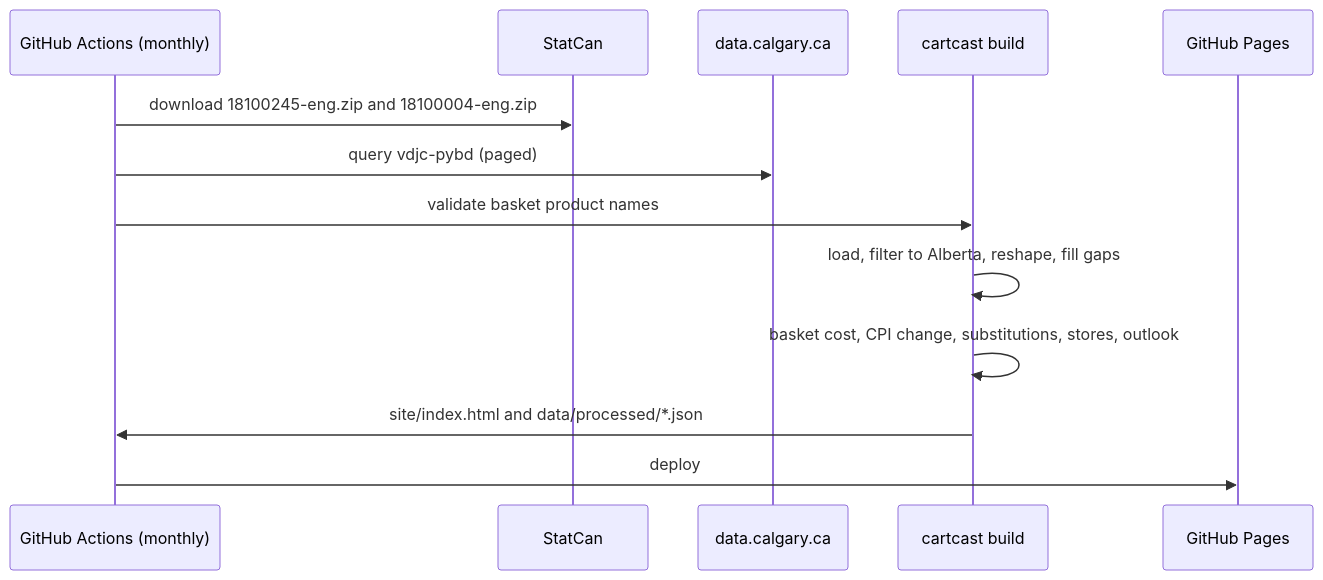
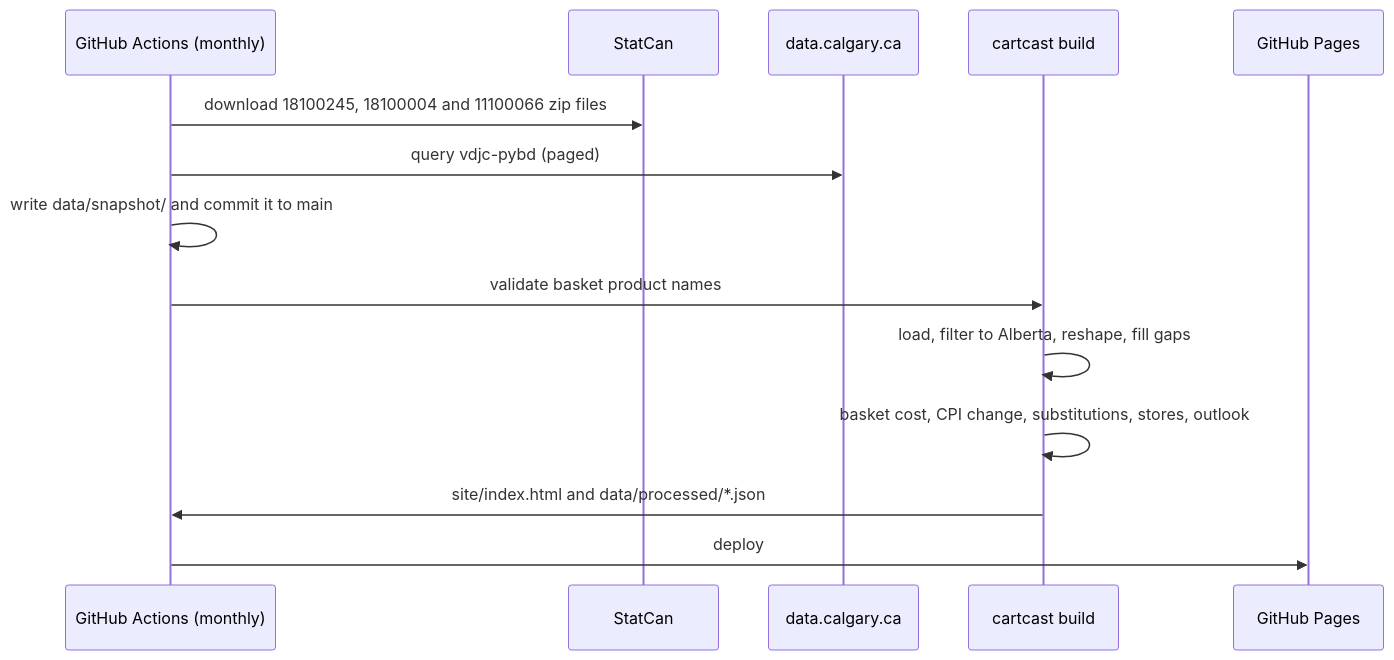
The diagram in docs/architecture.md (AdrianJulve/cartcast-yyc), drawn with Mermaid before and after one commit. The commit also changed other lines of this file and 23 other files, not shown here.

First line of the commit message:
feat: Calgary data sources and a committed real-data snapshot

````diff
--- a/docs/architecture.md
+++ b/docs/architecture.md
@@ -8,15 +8,16 @@
 ```mermaid
 sequenceDiagram
   participant GA as GitHub Actions (monthly)
   participant SC as StatCan
   participant YYC as data.calgary.ca
   participant P as cartcast build
   participant GP as GitHub Pages
-  GA->>SC: download 18100245-eng.zip and 18100004-eng.zip
+  GA->>SC: download 18100245, 18100004 and 11100066 zip files
   GA->>YYC: query vdjc-pybd (paged)
+  GA->>GA: write data/snapshot/ and commit it to main
   GA->>P: validate basket product names
   P->>P: load, filter to Alberta, reshape, fill gaps
   P->>P: basket cost, CPI change, substitutions, stores, outlook
   P->>GA: site/index.html and data/processed/*.json
   GA->>GP: deploy
 ```
````
